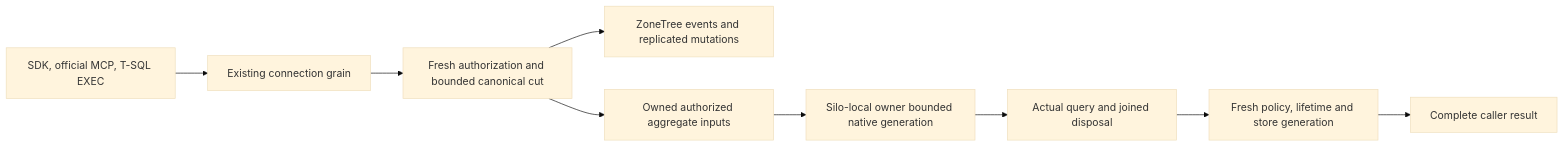
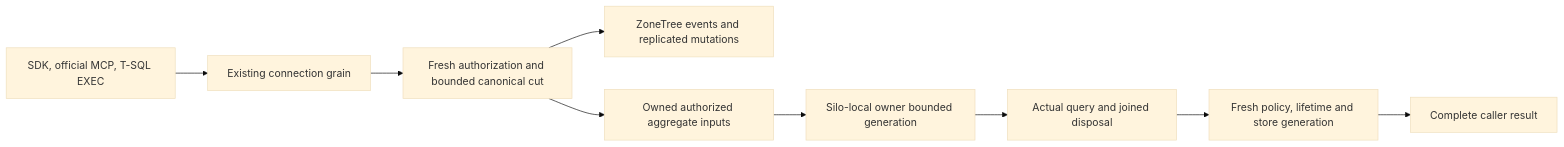
The diagram in docs/Features/AnalyticsStore.md (managedcode/KeyLoad), drawn with Mermaid (base theme) before and after one commit. The commit also changed other lines of this file and 9016 other files, not shown here.

````diff
--- a/docs/Features/AnalyticsStore.md
+++ b/docs/Features/AnalyticsStore.md
@@ -83,11 +83,11 @@
 ```mermaid
 flowchart LR
     Caller[SDK, official MCP, T-SQL EXEC] --> Connection[Existing connection grain]
     Connection --> Canonical[Fresh authorization and bounded canonical cut]
     Canonical --> Rows[ZoneTree events and replicated mutations]
     Canonical --> Capture[Owned authorized aggregate inputs]
-    Capture --> Native[Silo-local owner bounded native generation]
-    Native --> Join[Actual query and joined disposal]
+    Capture --> Execution[Silo-local owner bounded generation]
+    Execution --> Join[Actual query and joined disposal]
     Join --> Recheck[Fresh policy, lifetime and store generation]
     Recheck --> Result[Complete caller result]
 ```
````
